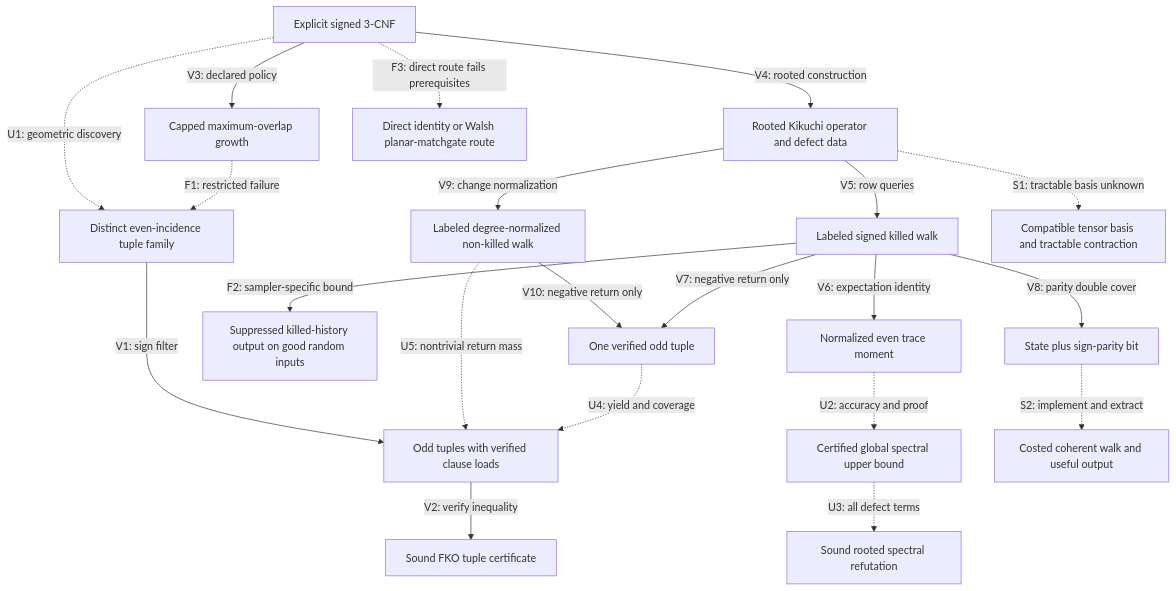
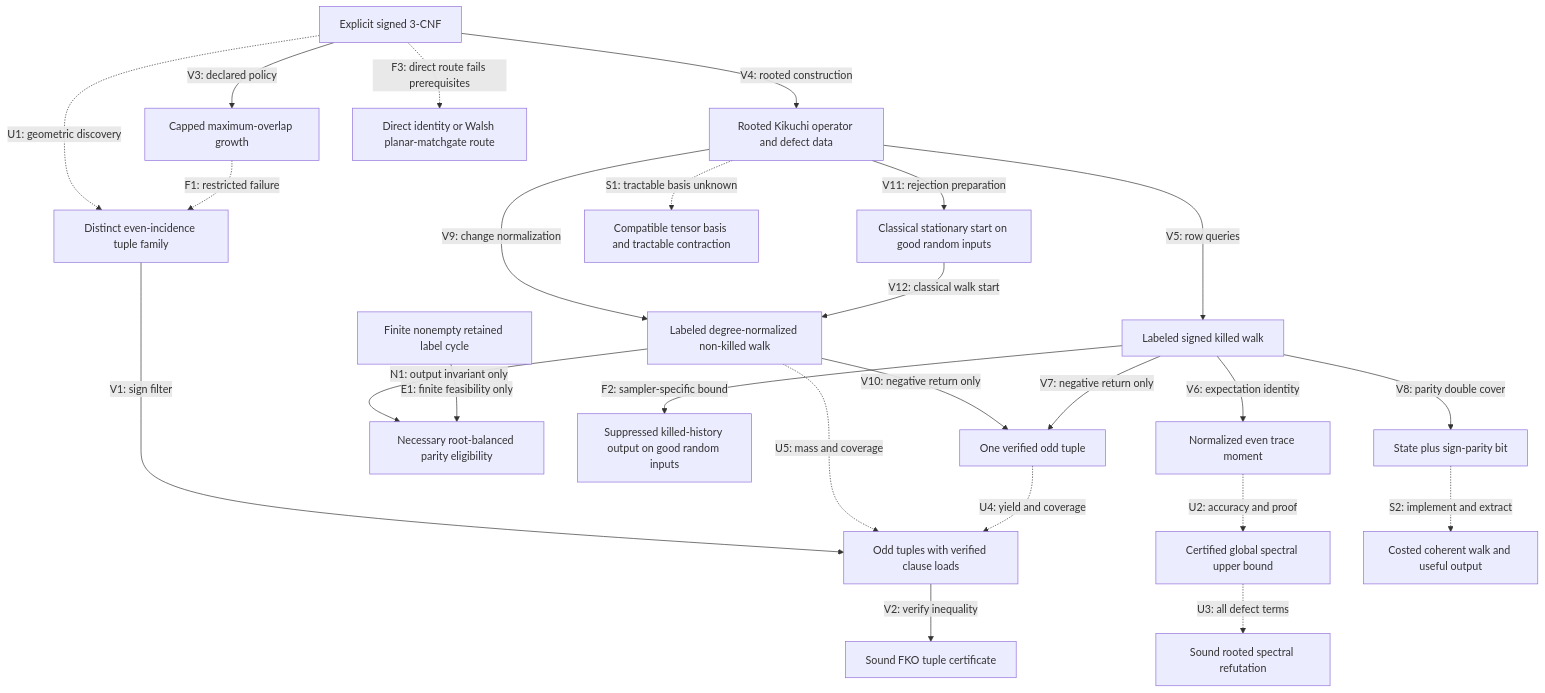
The diagram in research/p-equals-np/2026-09-11-research-meta-graph.md (Quantyra/formal-pvnp), drawn with Mermaid before and after one commit. The commit also changed other lines of this file and 6 other files, not shown here.

Commit message:
Audit non-killed witness eligibility and stationary preparation

````diff
--- a/research/p-equals-np/2026-09-11-research-meta-graph.md
+++ b/research/p-equals-np/2026-09-11-research-meta-graph.md
@@ -5,40 +5,47 @@
 ```mermaid
 flowchart TD
   CNF[Explicit signed 3-CNF]
   GEOM[Distinct even-incidence tuple family]
   ODD[Odd tuples with verified clause loads]
   CERT[Sound FKO tuple certificate]
   ROOTCERT[Sound rooted spectral refutation]
   ONE[One verified odd tuple]
   LOCAL[Capped maximum-overlap growth]
   ROOT[Rooted Kikuchi operator and defect data]
   WALK[Labeled signed killed walk]
   FREE[Labeled degree-normalized non-killed walk]
+  START[Classical stationary start on good random inputs]
+  ELIG[Necessary root-balanced parity eligibility]
+  EXAMPLE[Finite nonempty retained label cycle]
   KILL[Suppressed killed-history output on good random inputs]
   DIRECT[Direct identity or Walsh planar-matchgate route]
   MOM[Normalized even trace moment]
   UPPER[Certified global spectral upper bound]
   DOUBLE[State plus sign-parity bit]
   TENSOR[Compatible tensor basis and tractable contraction]
   QUANT[Costed coherent walk and useful output]
   CNF -. U1: geometric discovery .-> GEOM
   GEOM -->|V1: sign filter| ODD
   ODD -->|V2: verify inequality| CERT
   CNF -->|V3: declared policy| LOCAL
   LOCAL -. F1: restricted failure .-> GEOM
   CNF -->|V4: rooted construction| ROOT
   ROOT -->|V5: row queries| WALK
   WALK -->|F2: sampler-specific bound| KILL
   ROOT -->|V9: change normalization| FREE
+  ROOT -->|V11: rejection preparation| START
+  START -->|V12: classical walk start| FREE
+  FREE -->|N1: output invariant only| ELIG
+  EXAMPLE -->|E1: finite feasibility only| ELIG
   FREE -->|V10: negative return only| ONE
-  FREE -. U5: nontrivial return mass .-> ODD
+  FREE -. U5: mass and coverage .-> ODD
   CNF -. F3: direct route fails prerequisites .-> DIRECT
   WALK -->|V6: expectation identity| MOM
   WALK -->|V7: negative return only| ONE
   ONE -. U4: yield and coverage .-> ODD
   MOM -. U2: accuracy and proof .-> UPPER
   UPPER -. U3: all defect terms .-> ROOTCERT
   WALK -->|V8: parity double cover| DOUBLE
   ROOT -. S1: tractable basis unknown .-> TENSOR
   DOUBLE -. S2: implement and extract .-> QUANT
 ```
````
